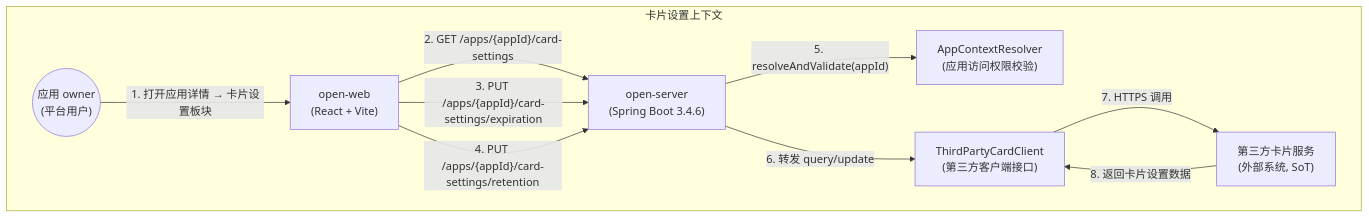
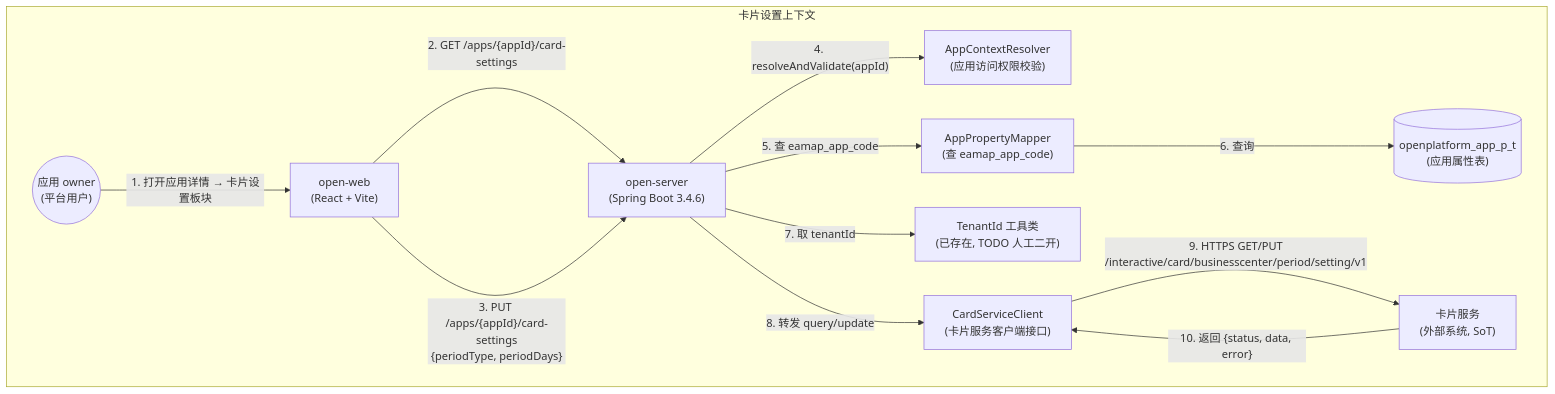
The first of 6 diagrams in docs/card-setting-requirement.md (THZSummer/open-app), drawn with Mermaid before and after one commit. The commit also changed other lines of this file and 2 other files, not shown here.

First line of the commit message:
docs(card-setting): 卡片设置板块文档对齐到 v0.5/v1.1

````diff
--- a/docs/card-setting-requirement.md
+++ b/docs/card-setting-requirement.md
@@ -91,20 +92,25 @@
 ```mermaid
 graph TB
     subgraph 卡片设置上下文
         user(("应用 owner<br/>(平台用户)"))
         open_web["open-web<br/>(React + Vite)"]
         open_server["open-server<br/>(Spring Boot 3.4.6)"]
         app_resolver["AppContextResolver<br/>(应用访问权限校验)"]
-        card_client["ThirdPartyCardClient<br/>(第三方客户端接口)"]
-        third_party["第三方卡片服务<br/>(外部系统, SoT)"]
+        app_prop_mapper["AppPropertyMapper<br/>(查 eamap_app_code)"]
+        tenant_ctx["TenantId 工具类<br/>(已存在, TODO 人工二开)"]
+        card_client["CardServiceClient<br/>(卡片服务客户端接口)"]
+        card_service["卡片服务<br/>(外部系统, SoT)"]
+        app_db[("openplatform_app_p_t<br/>(应用属性表)")]
     end
 
     user -- "1. 打开应用详情 → 卡片设置板块" --> open_web
     open_web -- "2. GET /apps/{appId}/card-settings" --> open_server
-    open_web -- "3. PUT /apps/{appId}/card-settings/expiration" --> open_server
-    open_web -- "4. PUT /apps/{appId}/card-settings/retention" --> open_server
-    open_server -- "5. resolveAndValidate(appId)" --> app_resolver
-    open_server -- "6. 转发 query/update" --> card_client
-    card_client -- "7. HTTPS 调用" --> third_party
-    third_party -- "8. 返回卡片设置数据" --> card_client
+    open_web -- "3. PUT /apps/{appId}/card-settings<br/>{periodType, periodDays}" --> open_server
+    open_server -- "4. resolveAndValidate(appId)" --> app_resolver
+    open_server -- "5. 查 eamap_app_code" --> app_prop_mapper
+    app_prop_mapper -- "6. 查询" --> app_db
+    open_server -- "7. 取 tenantId" --> tenant_ctx
+    open_server -- "8. 转发 query/update" --> card_client
+    card_client -- "9. HTTPS GET/PUT<br/>/interactive/card/businesscenter/period/setting/v1" --> card_service
+    card_service -- "10. 返回 {status, data, error}" --> card_client
 ```
````
